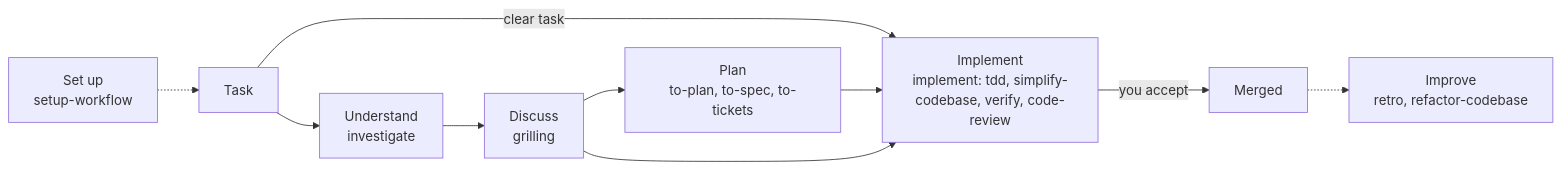
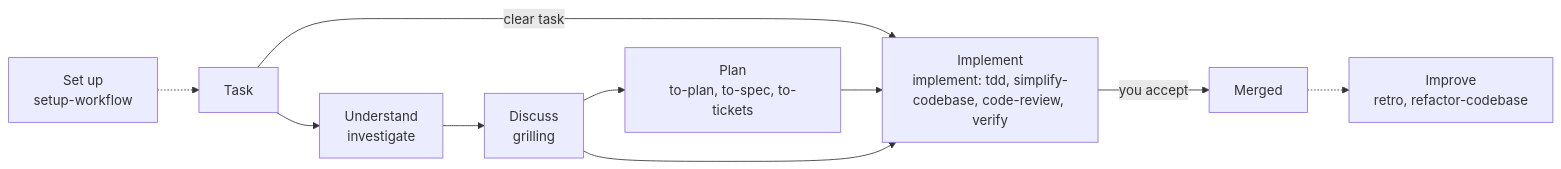
One commit to FOZERY/agent-workflow changed the diagram in README.md. Above: the diagram before and after it, drawn with Mermaid. The commit also changed 8 other files, not shown here.

First line of the commit message:
refactor(implement): run the Spec review before verify

````diff
--- a/README.md
+++ b/README.md
@@ -28,12 +28,12 @@
 ```mermaid
 flowchart LR
     Setup["Set up<br/>setup-workflow"] -.-> Task[Task]
     Task --> Understand["Understand<br/>investigate"]
     Understand --> Discuss["Discuss<br/>grilling"]
     Task -->|clear task| Build
     Discuss --> Plan["Plan<br/>to-plan, to-spec, to-tickets"]
-    Plan --> Build["Implement<br/>implement: tdd, simplify-codebase, verify, code-review"]
+    Plan --> Build["Implement<br/>implement: tdd, simplify-codebase, code-review, verify"]
     Discuss --> Build
     Build -->|you accept| Done[Merged]
     Done -.-> Improve["Improve<br/>retro, refactor-codebase"]
 ```
````
